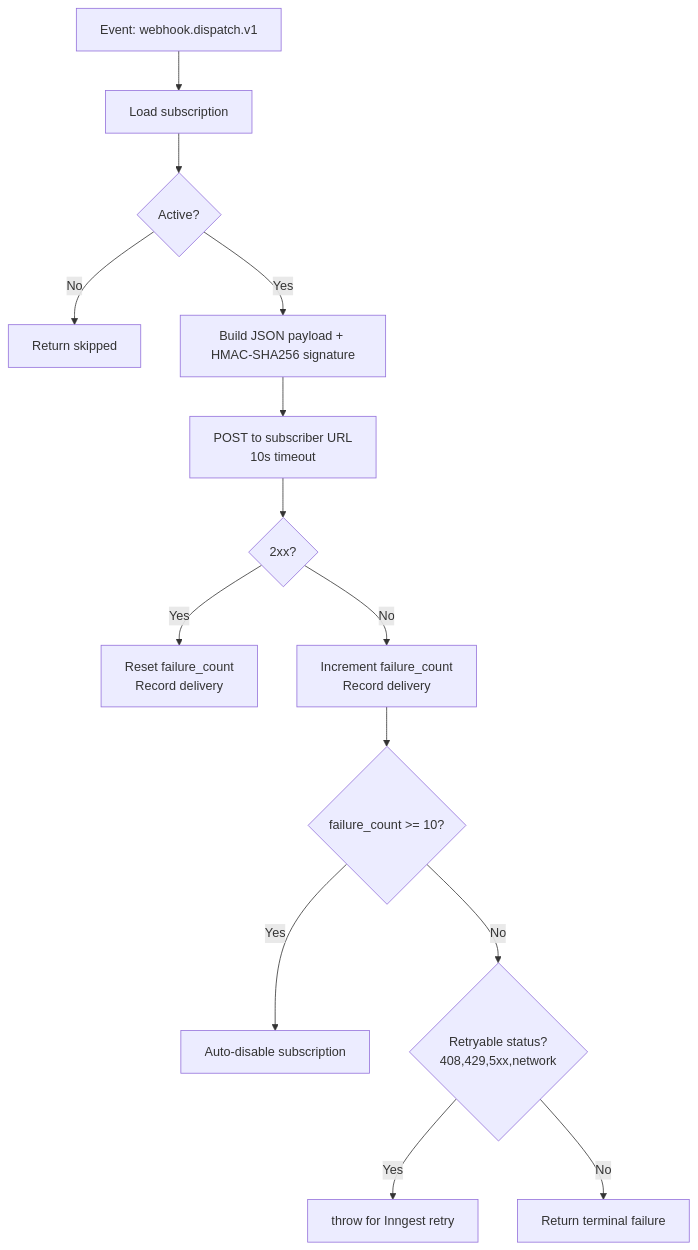
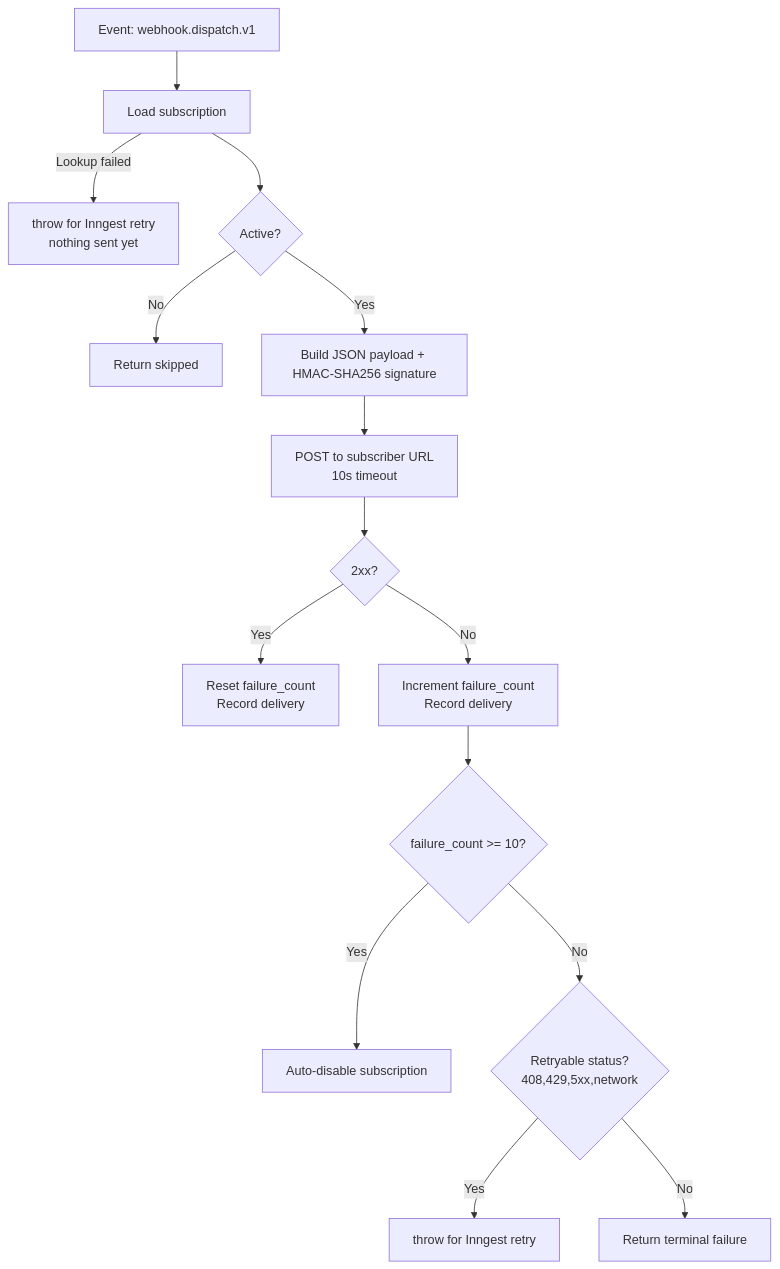
The fifth of 5 diagrams in docs/INNGEST.md (Andy00L/sharetopus), drawn with Mermaid before and after one commit. The commit also changed other lines of this file and 6 other files, not shown here.

````diff
--- a/docs/INNGEST.md
+++ b/docs/INNGEST.md
@@ -241,16 +241,17 @@
 ```mermaid
 flowchart TD
     A[Event: webhook.dispatch.v1] --> B[Load subscription]
+    B -->|Lookup failed| R[throw for Inngest retry\nnothing sent yet]
     B --> C{Active?}
     C -->|No| D[Return skipped]
     C -->|Yes| E[Build JSON payload + HMAC-SHA256 signature]
     E --> F[POST to subscriber URL\n10s timeout]
     F --> G{2xx?}
     G -->|Yes| H[Reset failure_count\nRecord delivery]
     G -->|No| I[Increment failure_count\nRecord delivery]
     I --> J{failure_count >= 10?}
     J -->|Yes| K[Auto-disable subscription]
     J -->|No| L{Retryable status?\n408,429,5xx,network}
     L -->|Yes| M[throw for Inngest retry]
     L -->|No| N[Return terminal failure]
 ```
````
